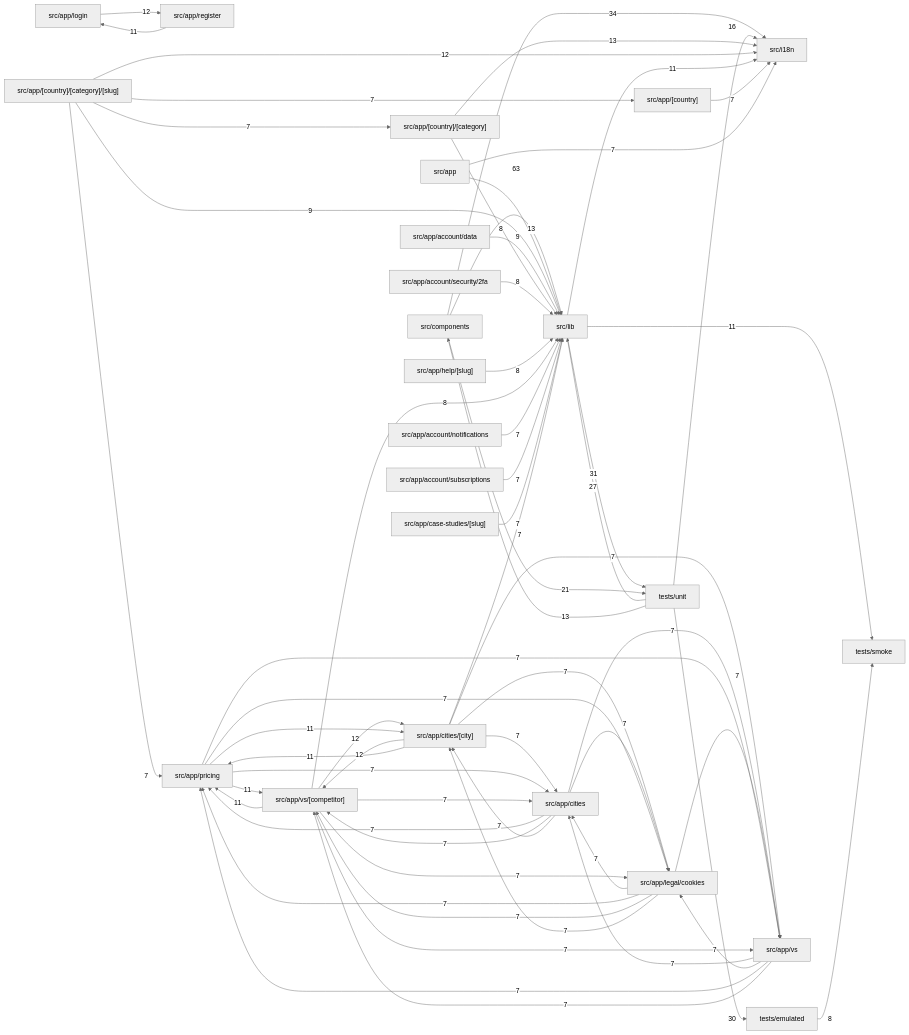
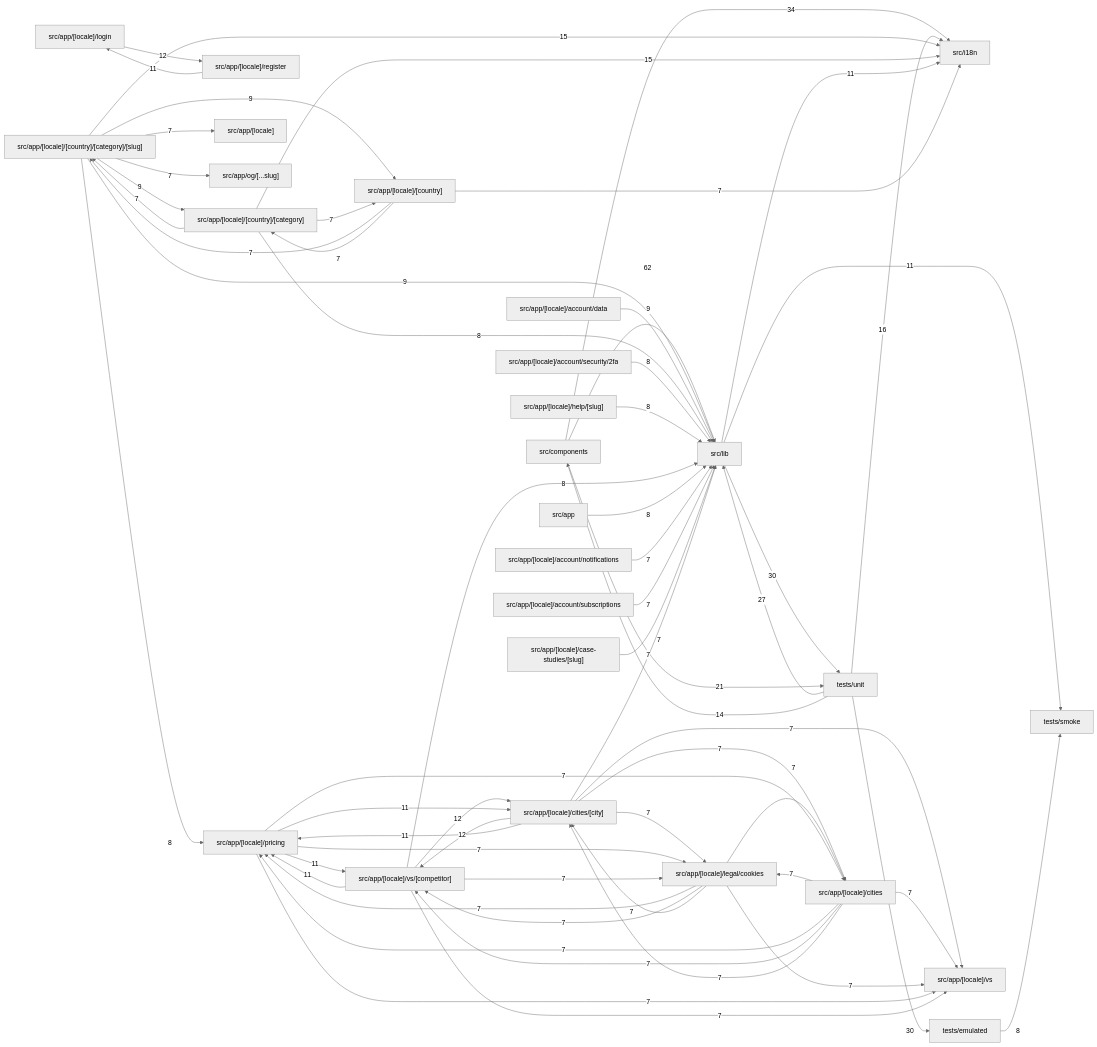
Before and after one commit to Viralefy/viralefy_archive: the diagram in index/INDEX_FUNCTIONS_viralefy_front.md, drawn with Mermaid (neutral theme). The commit also changed other lines of this file and 8 other files, not shown here.

````diff
--- a/index/INDEX_FUNCTIONS_viralefy_front.md
+++ b/index/INDEX_FUNCTIONS_viralefy_front.md
@@ -24,83 +24,85 @@
   m2["src/i18n"]
   m3["tests/unit"]
   m4["tests/emulated"]
-  m5["src/app/[country]/[category]"]
-  m6["src/app"]
-  m7["src/app/[country]/[category]/[slug]"]
-  m8["src/app/cities/[city]"]
-  m9["src/app/vs/[competitor]"]
-  m10["src/app/login"]
-  m11["src/app/register"]
-  m12["src/app/pricing"]
-  m13["tests/smoke"]
-  m14["src/app/account/data"]
-  m15["src/app/account/security/2fa"]
-  m16["src/app/help/[slug]"]
-  m17["src/app/[country]"]
-  m18["src/app/account/notifications"]
-  m19["src/app/account/subscriptions"]
-  m20["src/app/case-studies/[slug]"]
-  m21["src/app/cities"]
-  m22["src/app/legal/cookies"]
-  m23["src/app/vs"]
-  m0 -->|63| m1
+  m5["src/app/[locale]/[country]/[category]/[slug]"]
+  m6["src/app/[locale]/[country]/[category]"]
+  m7["src/app/[locale]/cities/[city]"]
+  m8["src/app/[locale]/vs/[competitor]"]
+  m9["src/app/[locale]/login"]
+  m10["src/app/[locale]/register"]
+  m11["src/app/[locale]/pricing"]
+  m12["tests/smoke"]
+  m13["src/app/[locale]/[country]"]
+  m14["src/app/[locale]/account/data"]
+  m15["src/app/[locale]/account/security/2fa"]
+  m16["src/app/[locale]/help/[slug]"]
+  m17["src/app"]
+  m18["src/app/[locale]"]
+  m19["src/app/og/[...slug]"]
+  m20["src/app/[locale]/account/notifications"]
+  m21["src/app/[locale]/account/subscriptions"]
+  m22["src/app/[locale]/case-studies/[slug]"]
+  m23["src/app/[locale]/legal/cookies"]
+  m24["src/app/[locale]/vs"]
+  m25["src/app/[locale]/cities"]
+  m0 -->|62| m1
   m0 -->|34| m2
-  m1 -->|31| m3
+  m1 -->|30| m3
   m3 -->|30| m4
   m3 -->|27| m1
   m0 -->|21| m3
   m3 -->|16| m2
-  m5 -->|13| m2
-  m6 -->|13| m1
-  m3 -->|13| m0
-  m7 -->|12| m2
-  m8 -->|12| m9
-  m10 -->|12| m11
-  m9 -->|12| m8
-  m8 -->|11| m12
-  m12 -->|11| m9
-  m12 -->|11| m8
-  m11 -->|11| m10
-  m9 -->|11| m12
-  m1 -->|11| m13
+  m5 -->|15| m2
+  m6 -->|15| m2
+  m3 -->|14| m0
+  m7 -->|12| m8
+  m9 -->|12| m10
+  m8 -->|12| m7
+  m7 -->|11| m11
+  m11 -->|11| m8
+  m11 -->|11| m7
+  m10 -->|11| m9
+  m8 -->|11| m11
+  m1 -->|11| m12
   m1 -->|11| m2
-  m7 -->|9| m1
+  m5 -->|9| m6
+  m5 -->|9| m13
+  m5 -->|9| m1
   m14 -->|9| m1
-  m5 -->|8| m1
+  m5 -->|8| m11
+  m6 -->|8| m1
   m15 -->|8| m1
   m16 -->|8| m1
-  m9 -->|8| m1
-  m4 -->|8| m13
-  m7 -->|7| m12
-  m7 -->|7| m5
-  m7 -->|7| m17
-  m17 -->|7| m2
-  m18 -->|7| m1
-  m19 -->|7| m1
+  m8 -->|8| m1
+  m17 -->|8| m1
+  m4 -->|8| m12
+  m5 -->|7| m18
+  m5 -->|7| m19
+  m6 -->|7| m5
+  m6 -->|7| m13
+  m13 -->|7| m5
+  m13 -->|7| m6
+  m13 -->|7| m2
   m20 -->|7| m1
-  m8 -->|7| m21
-  m8 -->|7| m22
+  m21 -->|7| m1
+  m22 -->|7| m1
+  m7 -->|7| m23
+  m7 -->|7| m24
+  m7 -->|7| m25
+  m7 -->|7| m1
+  m25 -->|7| m23
+  m25 -->|7| m11
+  m25 -->|7| m8
+  m25 -->|7| m24
+  m25 -->|7| m7
+  m23 -->|7| m11
+  m23 -->|7| m8
+  m23 -->|7| m24
+  m23 -->|7| m7
+  m23 -->|7| m25
+  m11 -->|7| m23
+  m11 -->|7| m24
+  m11 -->|7| m25
   m8 -->|7| m23
-  m8 -->|7| m1
-  m21 -->|7| m22
-  m21 -->|7| m12
-  m21 -->|7| m9
-  m21 -->|7| m23
-  m21 -->|7| m8
-  m22 -->|7| m21
-  m22 -->|7| m12
-  m22 -->|7| m9
-  m22 -->|7| m23
-  m22 -->|7| m8
-  m6 -->|7| m2
-  m12 -->|7| m21
-  m12 -->|7| m22
-  m12 -->|7| m23
-  m9 -->|7| m21
-  m9 -->|7| m22
-  m9 -->|7| m23
-  m23 -->|7| m21
-  m23 -->|7| m22
-  m23 -->|7| m12
-  m23 -->|7| m9
+  m8 -->|7| m24
 ```
````
